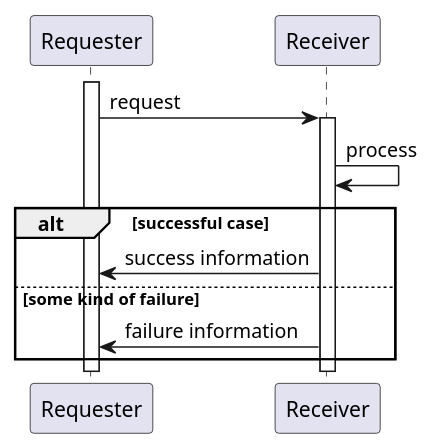
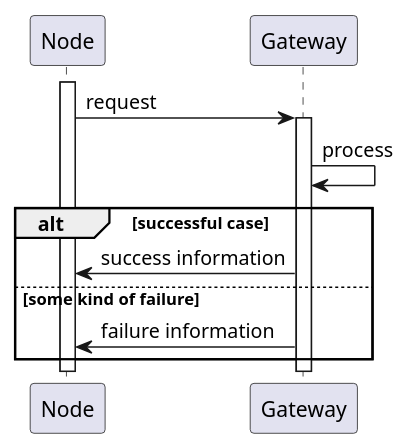
The first of 5 diagrams in docs/sw-design/README.md (damiandrzewicz/radiocloud-iot-rf), drawn with PlantUML before and after one commit. The commit also changed other lines of this file, not shown here.

```diff
--- a/docs/sw-design/README.md
+++ b/docs/sw-design/README.md
@@ -11,14 +139,14 @@
 @startuml 
-activate Requester
+activate Node
 
-Requester -> Receiver : request
-activate Receiver
+Node -> Gateway : request
+activate Gateway
 
-Receiver -> Receiver : process
+Gateway -> Gateway : process
 
 alt successful case
-    Receiver -> Requester : success information
+    Gateway -> Node : success information
 else some kind of failure
-    Receiver -> Requester : failure information
+    Gateway -> Node : failure information
 end
 @enduml
```
